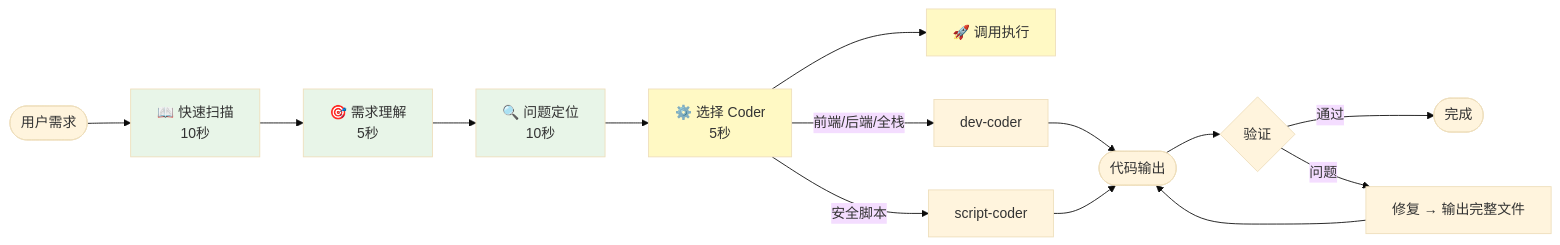
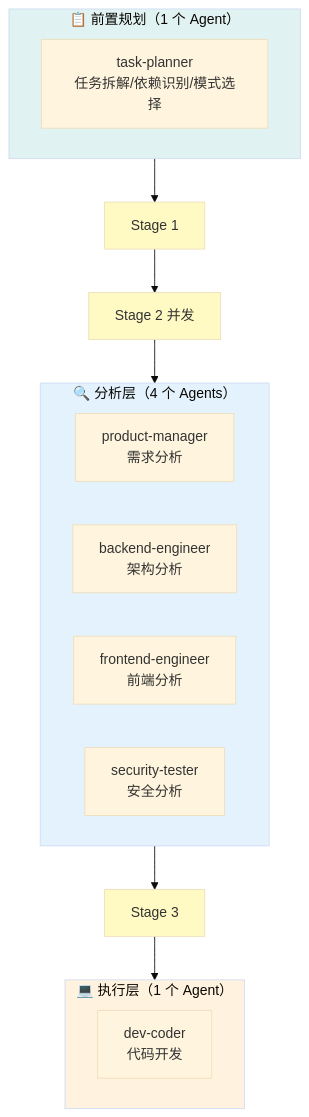
Before and after one commit to xxipv6/claudeSandBox: the third of 7 diagrams in ARCHITECTURE.md, drawn with Mermaid (base theme). The commit also changed other lines of this file, not shown here.

First line of the commit message:
docs: 更新 ARCHITECTURE.md 以匹配 v2.0.0 架构

````diff
--- a/ARCHITECTURE.md
+++ b/ARCHITECTURE.md
@@ -324,25 +113,30 @@
 ```mermaid
-flowchart LR
-    Start([用户需求]) --> Step1[📖 快速扫描<br/>10秒]
-    Step1 --> Step2[🎯 需求理解<br/>5秒]
-    Step2 --> Step3[🔍 问题定位<br/>10秒]
-    Step3 --> Step4[⚙️ 选择 Coder<br/>5秒]
-    Step4 --> Step5[🚀 调用执行]
+graph TB
+    subgraph Planning["📋 前置规划（1 个 Agent）"]
+        TP[task-planner<br/>任务拆解/依赖识别/模式选择]
+    end
 
-    Step4 -->|前端/后端/全栈| DevCoder[dev-coder]
-    Step4 -->|安全脚本| ScriptCoder[script-coder]
+    subgraph Analysis["🔍 分析层（4 个 Agents）"]
+        PM[product-manager<br/>需求分析]
+        BE[backend-engineer<br/>架构分析]
+        FE[frontend-engineer<br/>前端分析]
+        ST[security-tester<br/>安全分析]
+    end
 
-    DevCoder --> Output([代码输出])
-    ScriptCoder --> Output
+    subgraph Execution["💻 执行层（1 个 Agent）"]
+        DC[dev-coder<br/>代码开发]
+    end
 
-    Output --> Validate{验证}
-    Validate -->|通过| End([完成])
-    Validate -->|问题| Fix[修复 → 输出完整文件]
-    Fix --> Output
+    Planning --> Stage1[Stage 1]
+    Stage1 --> Stage2[Stage 2 并发]
+    Stage2 --> Analysis
+    Analysis --> Stage3[Stage 3]
+    Stage3 --> Execution
 
-    style Step1 fill:#e8f5e8
-    style Step2 fill:#e8f5e8
-    style Step3 fill:#e8f5e8
-    style Step4 fill:#fff9c4
-    style Step5 fill:#fff9c4
+    style Planning fill:#e0f2f1
+    style Analysis fill:#e3f2fd
+    style Execution fill:#fff3e0
+    style Stage1 fill:#fff9c4
+    style Stage2 fill:#fff9c4
+    style Stage3 fill:#fff9c4
 ```
````
